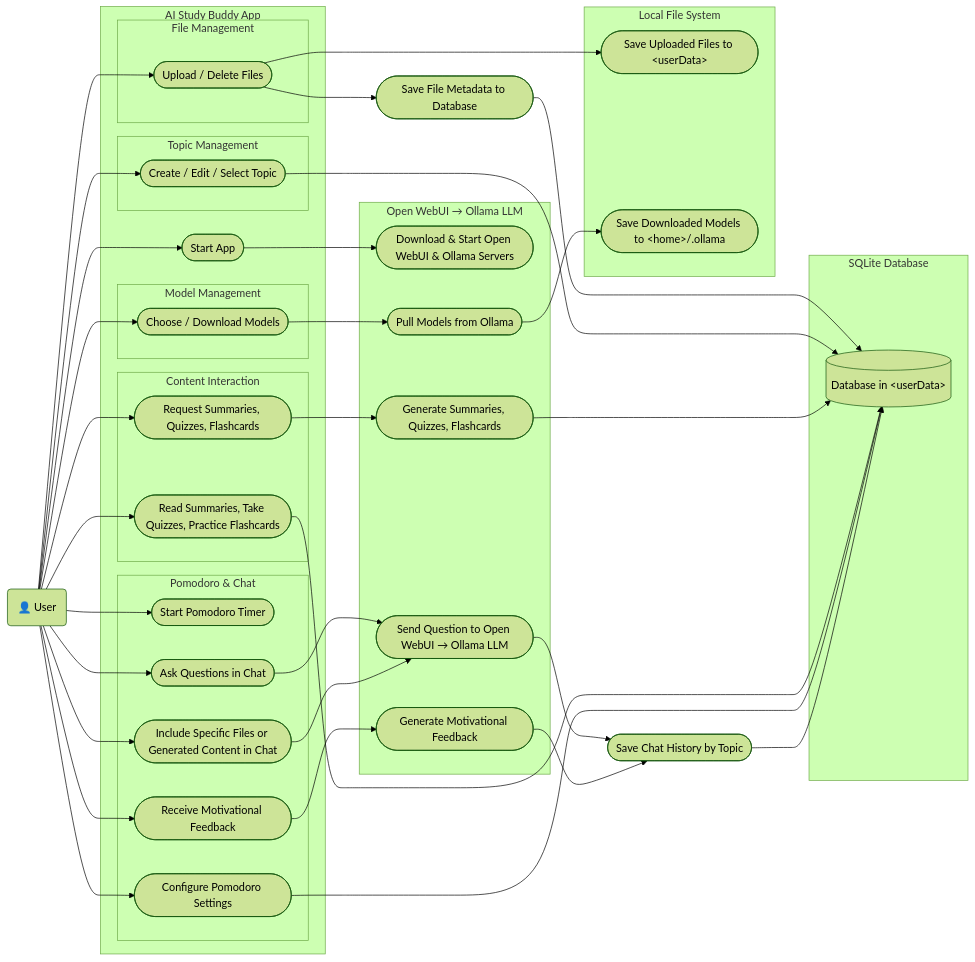
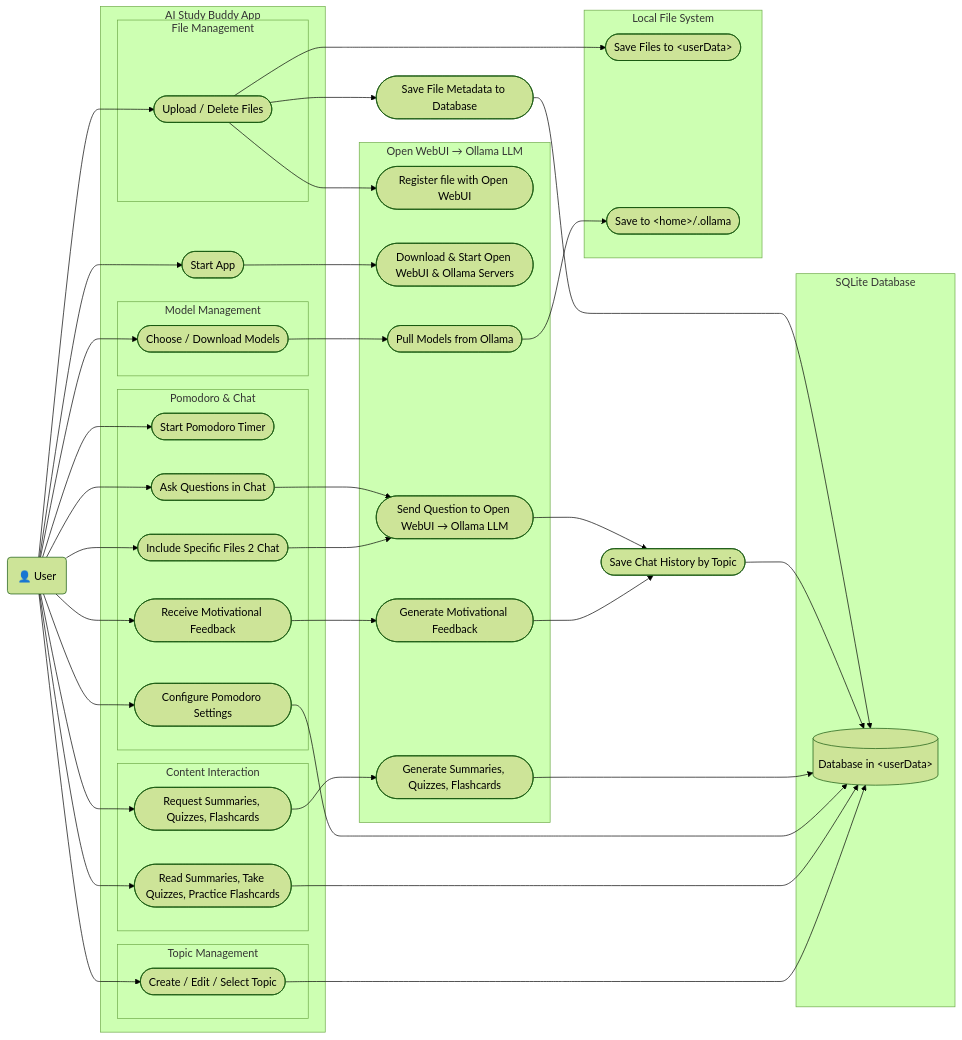
One commit to Chovin/AI-Study-Buddy changed the third of 3 diagrams in README.md. Above: the diagram before and after it, drawn with Mermaid (forest theme).

Commit message:
nicer use case diagram

```diff
--- a/README.md
+++ b/README.md
@@ -204,7 +204,7 @@
             ConfigurePomodoro([Configure Pomodoro Settings])
             ReceiveMotivation([Receive Motivational Feedback])
             AskQuestions([Ask Questions in Chat])
-            IncludeContent([Include Specific Files or Generated Content in Chat])
+            IncludeContent([Include Specific Files 2 Chat])
         end
 
         %% Model Selection
@@ -233,12 +233,13 @@
 
     %% File system subgraph
     subgraph FileSystem["Local File System"]
-        SaveUploadedFiles([Save Uploaded Files to &lt;userData&gt;])
-        SaveModels([Save Downloaded Models to &lt;home&gt;/.ollama])
+        SaveUploadedFiles([Save Files to &lt;userData&gt;])
+        SaveModels([Save to &lt;home&gt;/.ollama])
     end
 
     %% LLM subgraph
     subgraph LLM["Open WebUI → Ollama LLM"]
+        RegisterFile([Register file with Open WebUI])
         StartLLMServers([Download & Start Open WebUI & Ollama Servers])
         GenerateByLLM([Generate Summaries, Quizzes, Flashcards])
         SendQuestionToLLM([Send Question to Open WebUI → Ollama LLM])
@@ -253,12 +254,14 @@
     SaveFileMetadata([Save File Metadata to Database])
     UploadFiles --> SaveFileMetadata
     SaveFileMetadata --> DatabaseStorage
+    UploadFiles --> RegisterFile
+    SaveChatHistory --> DatabaseStorage
+    GenerateByLLM --> DatabaseStorage
 
+    ConfigurePomodoro --> DatabaseStorage
+    GenerateContent --> GenerateByLLM
+    UseGeneratedContent --> DatabaseStorage
     CreateTopic --> DatabaseStorage
-    GenerateContent --> GenerateByLLM
-    GenerateByLLM --> DatabaseStorage
-    UseGeneratedContent --> DatabaseStorage
-    ConfigurePomodoro --> DatabaseStorage
 
     %% Chat & Motivation
     ReceiveMotivation --> GenerateMotivation
@@ -269,7 +272,7 @@
     SaveChatHistory([Save Chat History by Topic])
     SendQuestionToLLM --> SaveChatHistory
     GenerateMotivation --> SaveChatHistory
-    SaveChatHistory --> DatabaseStorage
+  
 
     %% Model download flow
     ChooseDownloadModel --> DownloadModel
```
